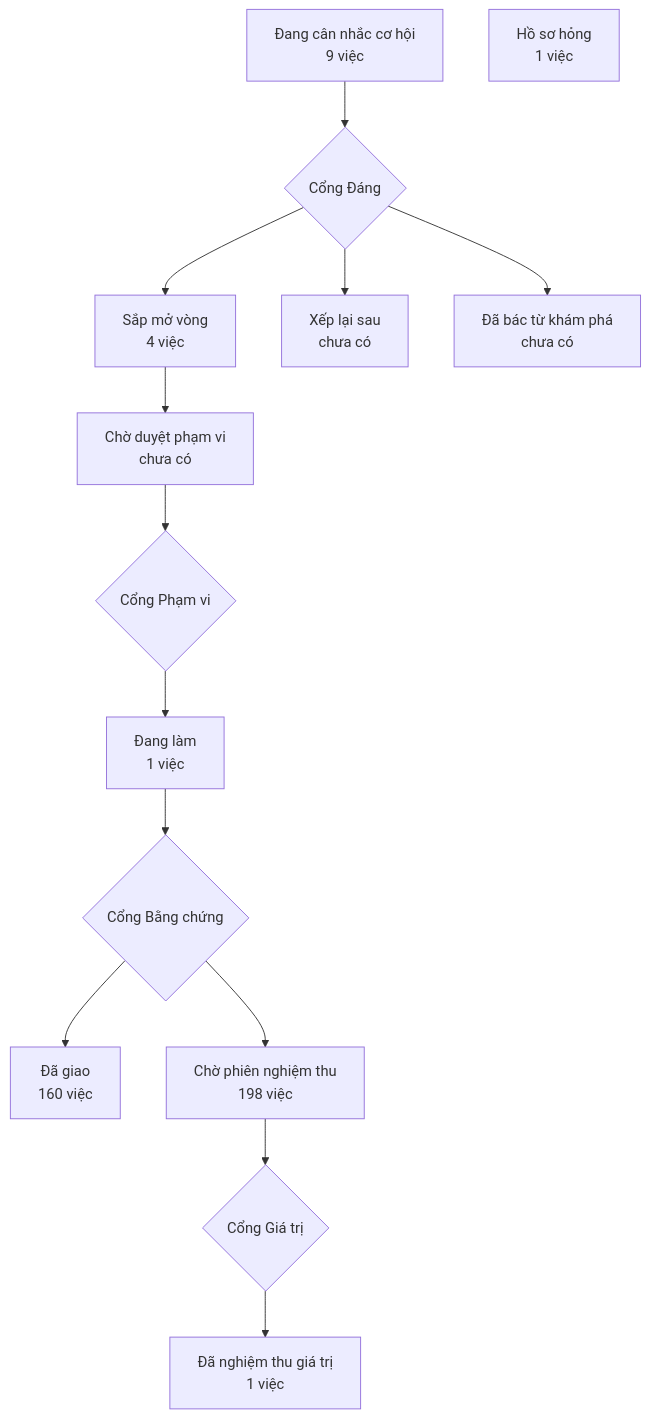
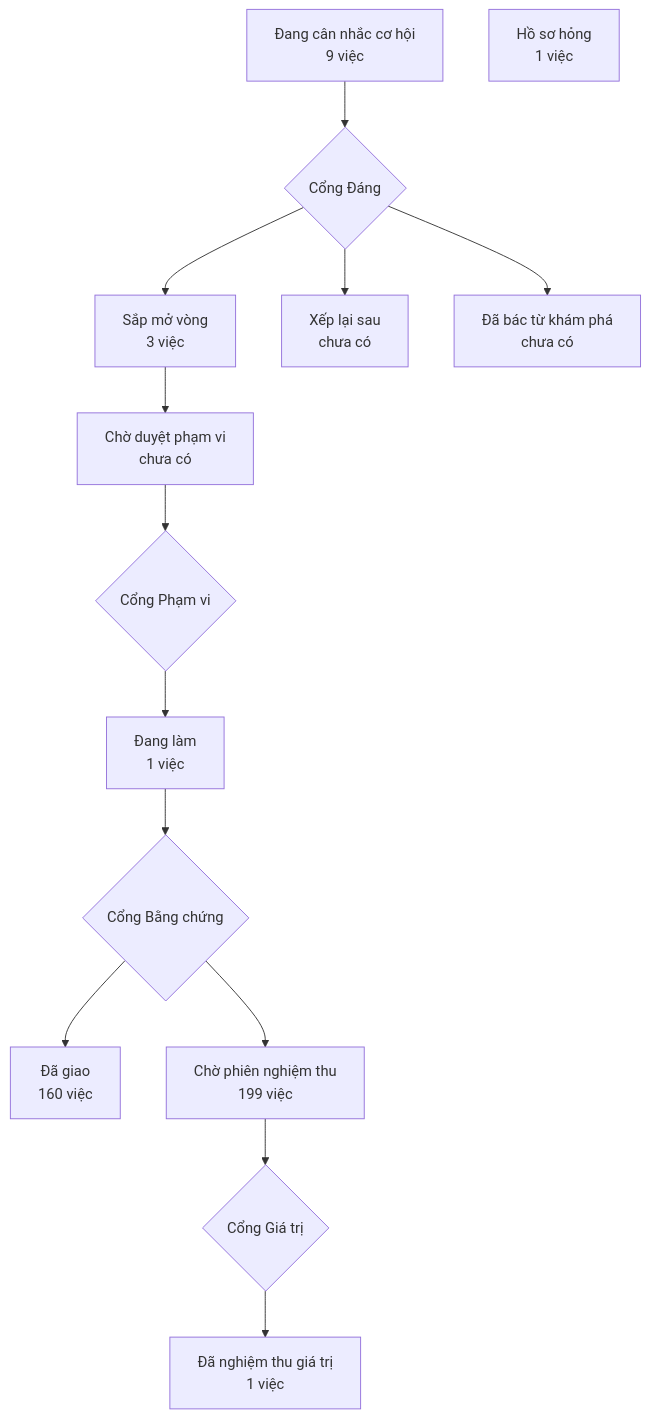
The diagram in PRODUCT-MAP.md (phanlemanh/crm-onehub), drawn with Mermaid before and after one commit. The commit also changed 1 other file, not shown here.

Commit message:
chore: vẽ lại bản đồ sản phẩm và lộ trình sau F34

````diff
--- a/PRODUCT-MAP.md
+++ b/PRODUCT-MAP.md
@@ -7,13 +7,13 @@
 ```mermaid
 flowchart TD
   A["Đang cân nhắc cơ hội<br/>9 việc"] --> GD{"Cổng Đáng"}
-  GD --> B["Sắp mở vòng<br/>4 việc"]
+  GD --> B["Sắp mở vòng<br/>3 việc"]
   GD --> XL["Xếp lại sau<br/>chưa có"]
   GD --> DB["Đã bác từ khám phá<br/>chưa có"]
   B --> CD["Chờ duyệt phạm vi<br/>chưa có"] --> GP{"Cổng Phạm vi"}
   GP --> DL["Đang làm<br/>1 việc"] --> GB{"Cổng Bằng chứng"}
   GB --> DG["Đã giao<br/>160 việc"]
-  GB --> CN["Chờ phiên nghiệm thu<br/>198 việc"] --> GG{"Cổng Giá trị"}
+  GB --> CN["Chờ phiên nghiệm thu<br/>199 việc"] --> GG{"Cổng Giá trị"}
   GG --> NT["Đã nghiệm thu giá trị<br/>1 việc"]
   HS["Hồ sơ hỏng<br/>1 việc"]
 ```
````
